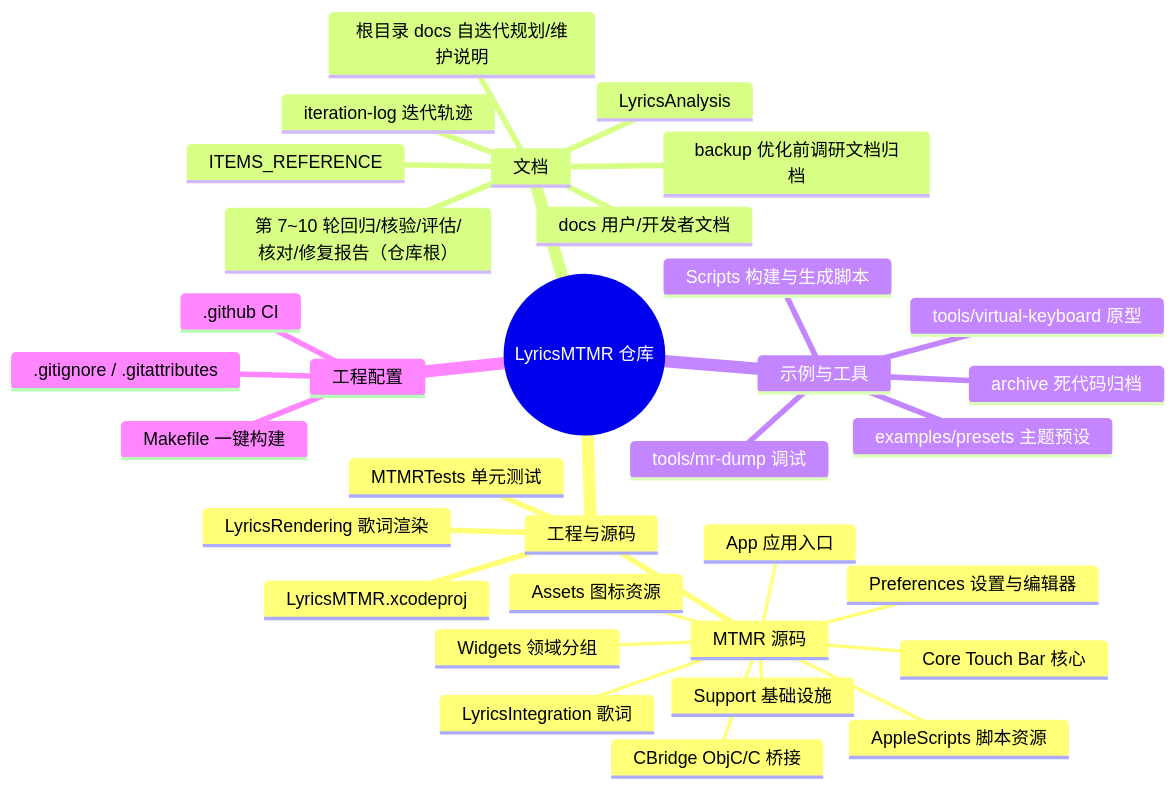
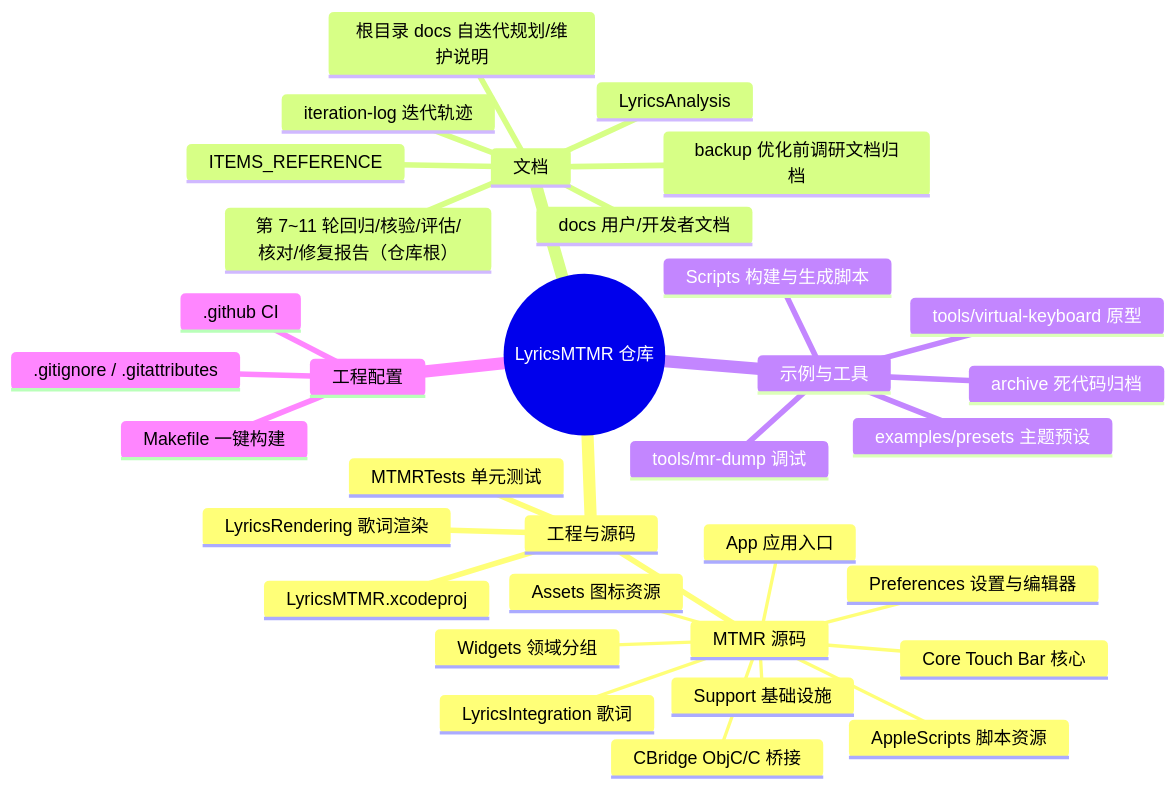
Before and after one commit to Tangzishun-Li/LyricsMTMR: the first of 2 diagrams in LyricsMTMR/docs/file-structure.zh.md, drawn with Mermaid. The commit also changed other lines of this file and 2 other files, not shown here.

Commit message:
docs(round11): 子任务A — 年度维护核验（第5次）：ITER-14 健在（:388/2027 段 32 日期+6 补班星期全对/金丝雀直查 :195-196 在位）+ maintenance-notes 零漂移 + 文档一致性三方核对一致；file-structure mindmap 第 7~11 轮 + 预登记第 11 轮报告（核对报告第10轮漂移由子任务 B 补登记，不重复）+ iteration-log 记录

````diff
--- a/LyricsMTMR/docs/file-structure.zh.md
+++ b/LyricsMTMR/docs/file-structure.zh.md
@@ -10,36 +10,36 @@
 ```mermaid
 mindmap
   root((LyricsMTMR 仓库))
     工程与源码
       LyricsMTMR.xcodeproj
       MTMR 源码
         App 应用入口
         Core Touch Bar 核心
         Support 基础设施
         Widgets 领域分组
         Preferences 设置与编辑器
         LyricsIntegration 歌词
         CBridge ObjC/C 桥接
         AppleScripts 脚本资源
         Assets 图标资源
       LyricsRendering 歌词渲染
       MTMRTests 单元测试
     文档
       docs 用户/开发者文档
       ITEMS_REFERENCE
       LyricsAnalysis
       backup 优化前调研文档归档
       iteration-log 迭代轨迹
       根目录 docs 自迭代规划/维护说明
-      第 7~10 轮回归/核验/评估/核对/修复报告（仓库根）
+      第 7~11 轮回归/核验/评估/核对/修复报告（仓库根）
     示例与工具
       examples/presets 主题预设
       tools/mr-dump 调试
       tools/virtual-keyboard 原型
       Scripts 构建与生成脚本
       archive 死代码归档
     工程配置
       .github CI
       .gitignore / .gitattributes
       Makefile 一键构建
 ```
````
